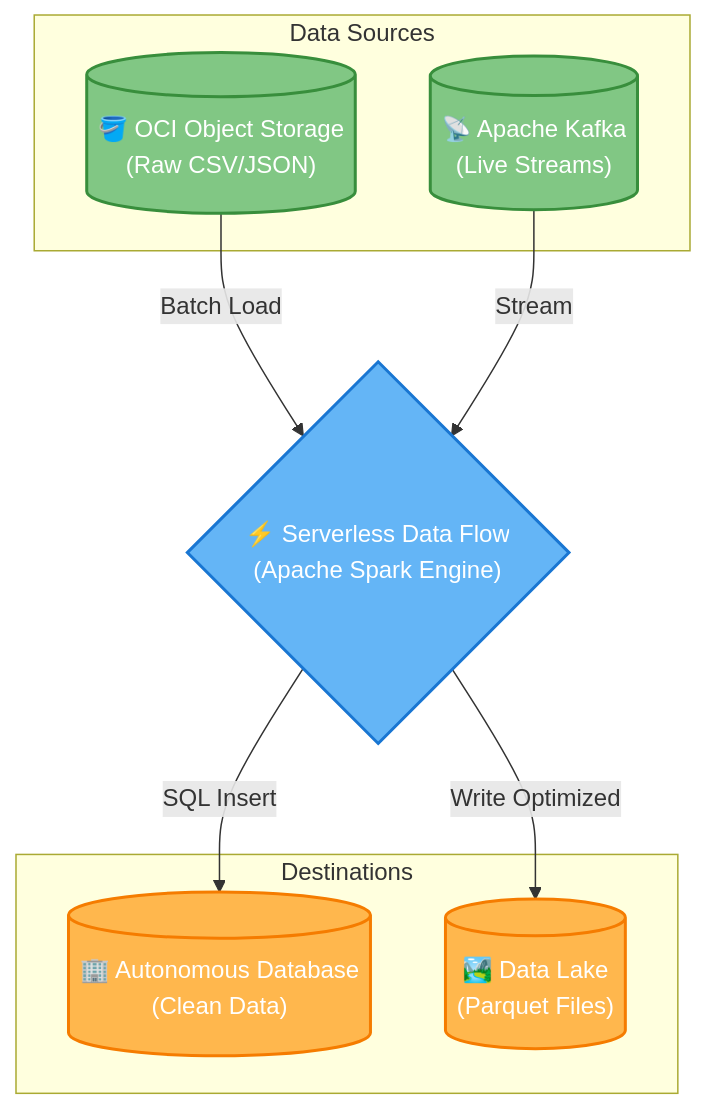
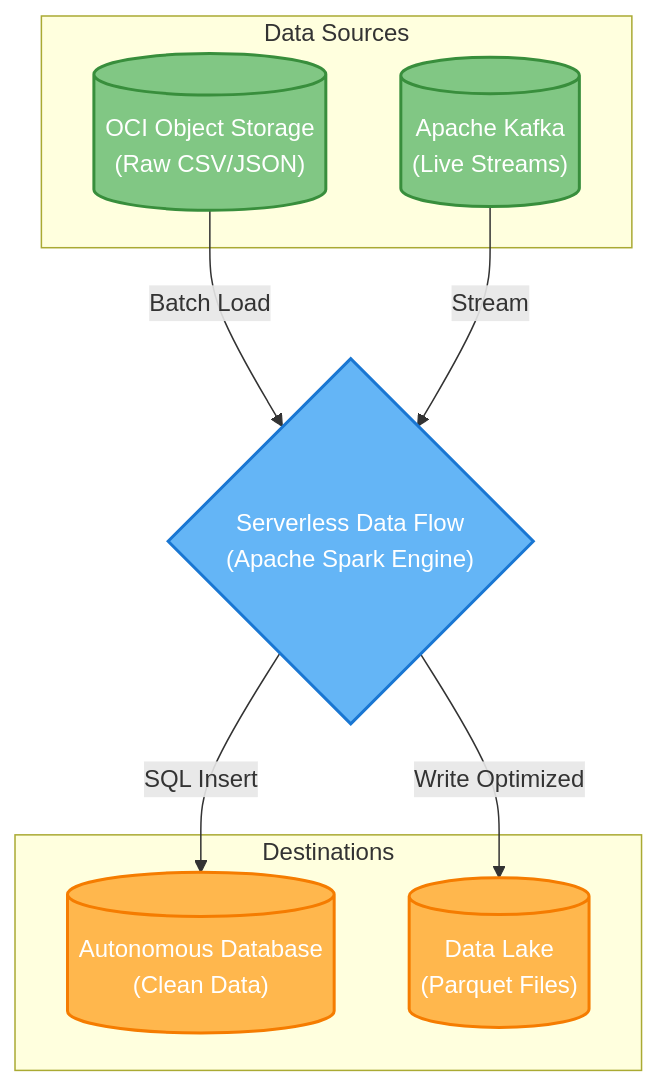
Before and after one commit to Sat-14/OCI-DataFlow-Showcase: the diagram in README.md, drawn with Mermaid. The commit also changed other lines of this file, not shown here.

Commit message:
Remove emojis from README

````diff
--- a/README.md
+++ b/README.md
@@ -13,25 +13,25 @@
 ```mermaid
 flowchart TD
     %% Friendly styling
     classDef source fill:#81C784,stroke:#388E3C,stroke-width:2px,color:#fff,rx:10,ry:10
     classDef processing fill:#64B5F6,stroke:#1976D2,stroke-width:2px,color:#fff,rx:10,ry:10
     classDef destination fill:#FFB74D,stroke:#F57C00,stroke-width:2px,color:#fff,rx:10,ry:10
 
     subgraph Data Sources
-        Storage[("🪣 OCI Object Storage\n(Raw CSV/JSON)")]:::source
-        Kafka[("📡 Apache Kafka\n(Live Streams)")]:::source
+        Storage[(" OCI Object Storage\n(Raw CSV/JSON)")]:::source
+        Kafka[(" Apache Kafka\n(Live Streams)")]:::source
     end
 
-    Engine{"⚡ Serverless Data Flow\n(Apache Spark Engine)"}:::processing
+    Engine{" Serverless Data Flow\n(Apache Spark Engine)"}:::processing
 
     subgraph Destinations
-        ADW[("🏢 Autonomous Database\n(Clean Data)")]:::destination
-        Lake[("🏞️ Data Lake\n(Parquet Files)")]:::destination
+        ADW[(" Autonomous Database\n(Clean Data)")]:::destination
+        Lake[(" Data Lake\n(Parquet Files)")]:::destination
     end
 
     Storage -->|Batch Load| Engine
     Kafka -->|Stream| Engine
     
     Engine -->|SQL Insert| ADW
     Engine -->|Write Optimized| Lake
 ```
````
